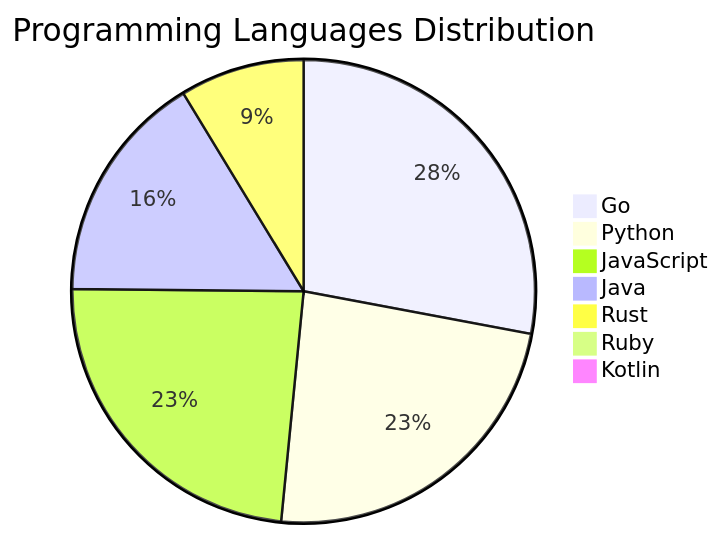
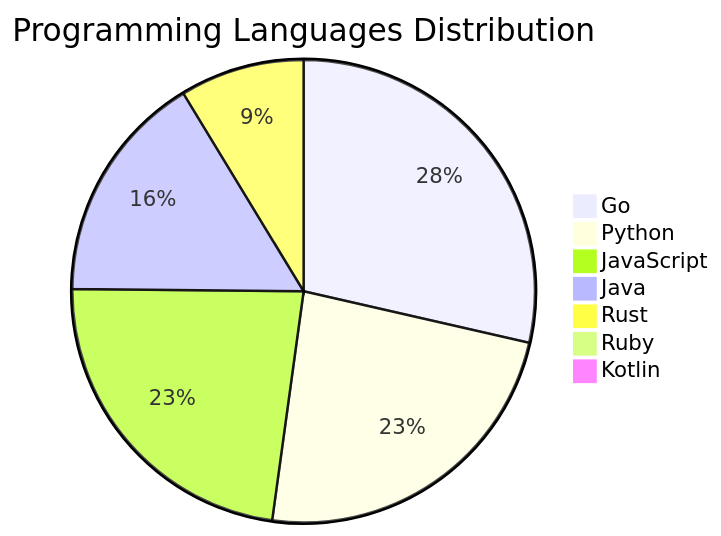
The diagram in README.md (Derrick-MUGISHA/github-activity-bot), drawn with Mermaid before and after one commit. The commit also changed other lines of this file and 4 other files, not shown here.

````diff
--- a/README.md
+++ b/README.md
@@ -213,10 +209,10 @@
 ```mermaid
 pie title Programming Languages Distribution
-    "Go" : 45
+    "Go" : 46
     "Python" : 38
-    "JavaScript" : 38
+    "JavaScript" : 37
     "Java" : 26
     "Rust" : 14
     "Ruby" : 1
     "Kotlin" : 1
 ```
````
